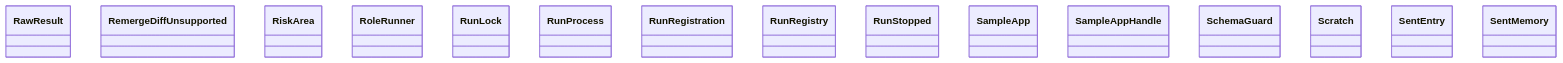
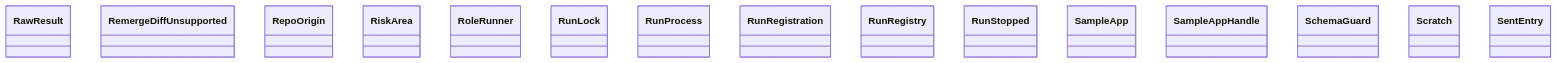
Before and after one commit to GonzaloZevallos/agentic-system: the diagram in docs/architecture/generated/classes-process-application-support-6.md, drawn with Mermaid. The commit also changed 6 other files, not shown here.

Commit message:
Regenerate the architecture docs for RepoOrigin, GitRepoOrigin and the notify carry

````diff
--- a/docs/architecture/generated/classes-process-application-support-6.md
+++ b/docs/architecture/generated/classes-process-application-support-6.md
@@ -21,18 +21,18 @@
 ```mermaid
 classDiagram
     class ports__RawResult["RawResult"]
     class ports__RemergeDiffUnsupported["RemergeDiffUnsupported"]
+    class ports__RepoOrigin["RepoOrigin"]
     class ports__RiskArea["RiskArea"]
     class ports__RoleRunner["RoleRunner"]
     class ports__RunLock["RunLock"]
     class ports__RunProcess["RunProcess"]
     class ports__RunRegistration["RunRegistration"]
     class ports__RunRegistry["RunRegistry"]
     class ports__RunStopped["RunStopped"]
     class ports__SampleApp["SampleApp"]
     class ports__SampleAppHandle["SampleAppHandle"]
     class ports__SchemaGuard["SchemaGuard"]
     class ports__Scratch["Scratch"]
     class ports__SentEntry["SentEntry"]
-    class ports__SentMemory["SentMemory"]
 ```
````
